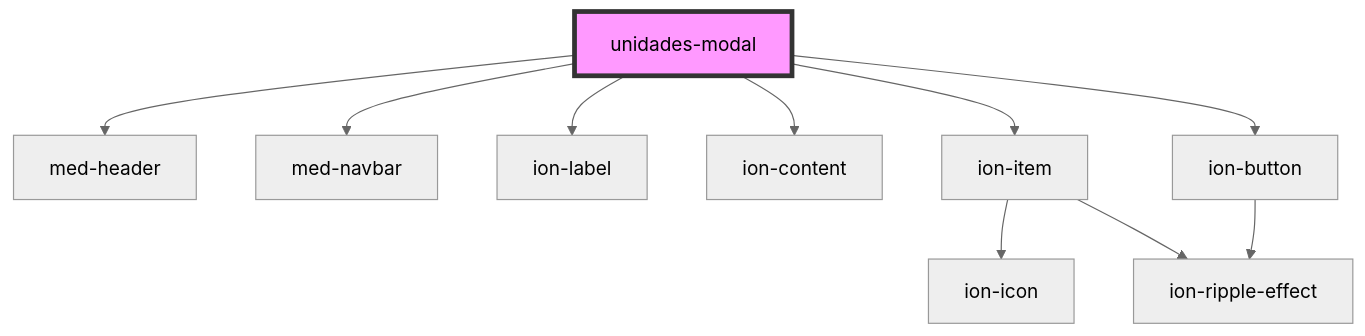
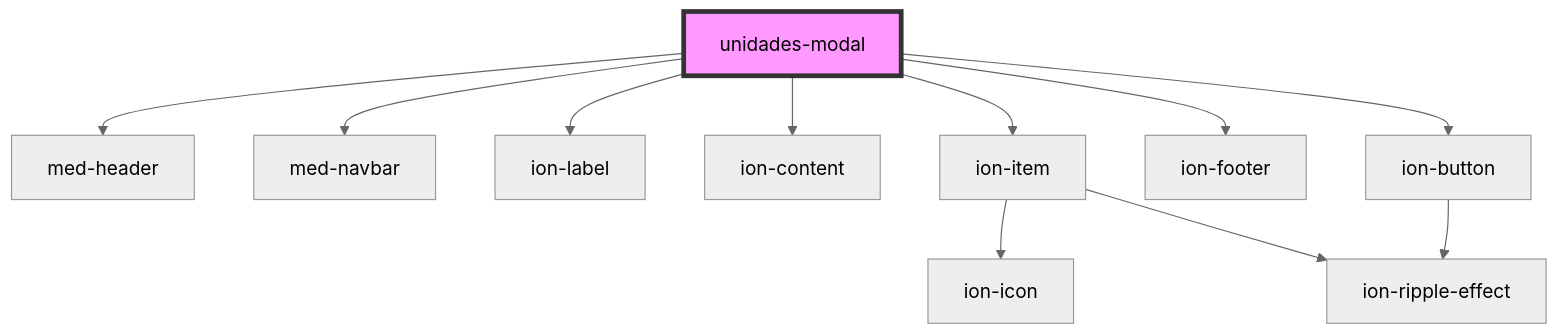
One commit to MEDGRUPOGIT/ionic-framework-1 changed the diagram in core/src/components/@templarios/ionic-1-migracao/simulados/unidades-modal/readme.md. Above: the diagram before and after it, drawn with Mermaid (neutral theme). The commit also changed other lines of this file and 18 other files, not shown here.

Commit message:
Ajuste ion-footer

````diff
--- a/core/src/components/@templarios/ionic-1-migracao/simulados/unidades-modal/readme.md
+++ b/core/src/components/@templarios/ionic-1-migracao/simulados/unidades-modal/readme.md
@@ -20,13 +21,14 @@
 ```mermaid
 graph TD;
   unidades-modal --> med-header
   unidades-modal --> med-navbar
   unidades-modal --> ion-label
   unidades-modal --> ion-content
   unidades-modal --> ion-item
+  unidades-modal --> ion-footer
   unidades-modal --> ion-button
   ion-item --> ion-icon
   ion-item --> ion-ripple-effect
   ion-button --> ion-ripple-effect
   style unidades-modal fill:#f9f,stroke:#333,stroke-width:4px
 ```
````
